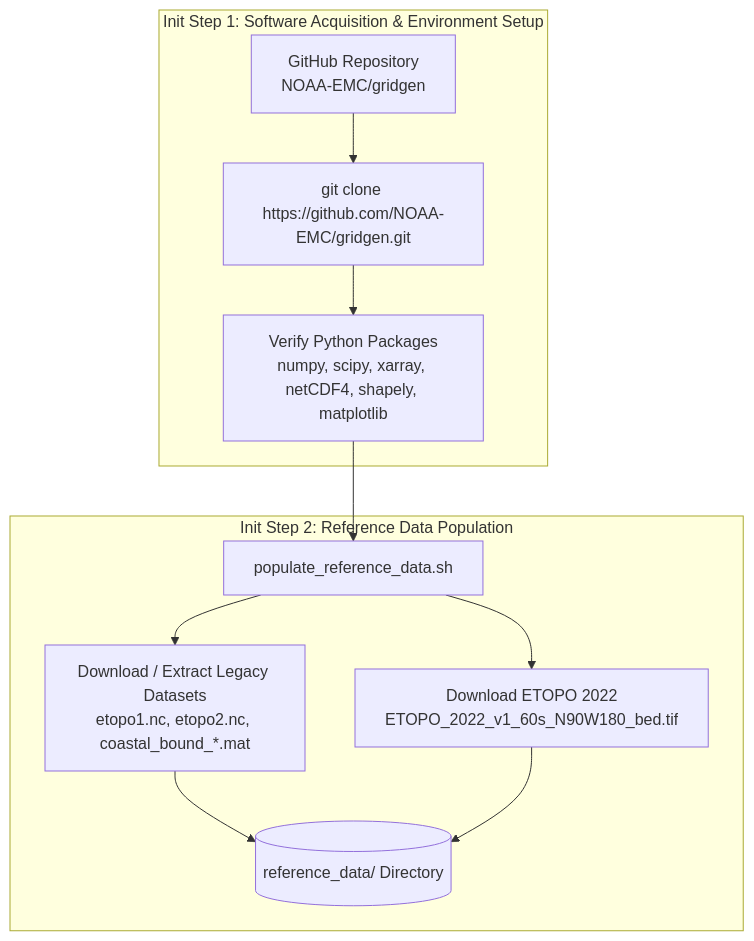
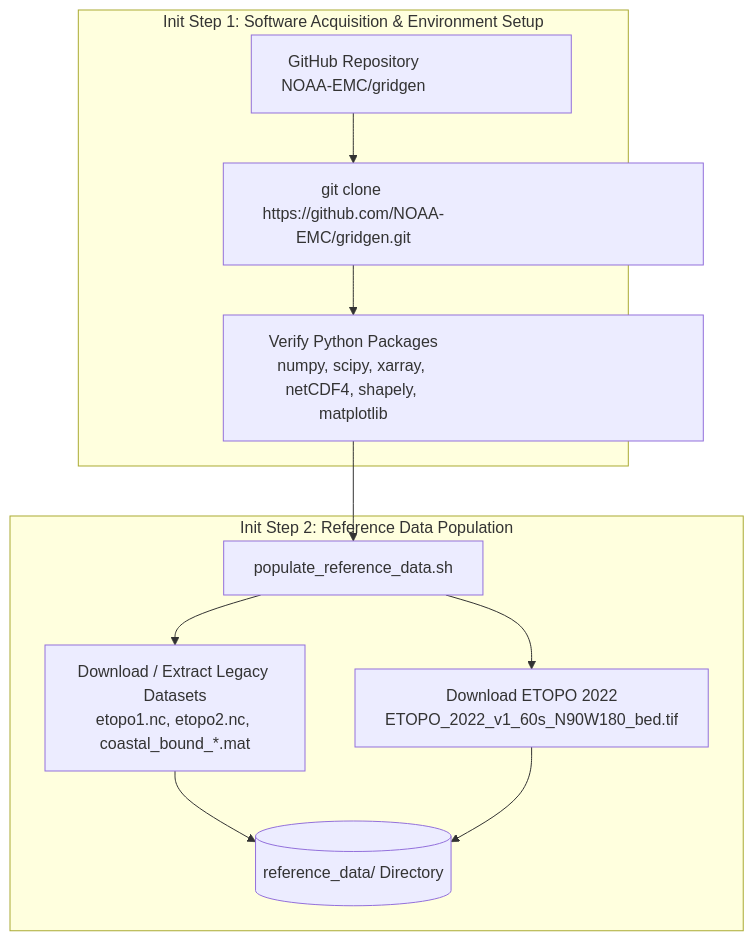
Before and after one commit to HendrikTolman-NOAA/gridgen: the first of 2 diagrams in ARCHITECTURE.md, drawn with Mermaid. The commit also changed other lines of this file, not shown here.

First line of the commit message:
doc: update ARCHITECTURE.md workflow and add code architecture

````diff
--- a/ARCHITECTURE.md
+++ b/ARCHITECTURE.md
@@ -25,17 +25,21 @@
 ```mermaid
 flowchart TD
     subgraph Init Step 1: Software Acquisition & Environment Setup
-        A0[GitHub Repository<br/>NOAA-EMC/gridgen] --> A1[git clone https://github.com/NOAA-EMC/gridgen.git]
-        A1 --> A2[Verify Python Packages<br/>numpy, scipy, xarray, netCDF4, shapely, matplotlib]
+        A0["GitHub Repository<br/>NOAA-EMC/gridgen"] --> A1["git clone https://github.com/NOAA-EMC/gridgen.git"]
+        A1 --> A2["Verify Python Packages<br/>numpy, scipy, xarray, netCDF4, shapely, matplotlib"]
     end
 
     subgraph Init Step 2: Reference Data Population
         B[populate_reference_data.sh]
         B --> C1[Download / Extract Legacy Datasets<br/>etopo1.nc, etopo2.nc, coastal_bound_*.mat]
         B --> C2[Download ETOPO 2022<br/>ETOPO_2022_v1_60s_N90W180_bed.tif]
         C1 --> D[(reference_data/ Directory)]
         C2 --> D
     end
 
     A2 --> B
+
+    style A0 width:320px
+    style A1 width:480px
+    style A2 width:480px
 ```
````
